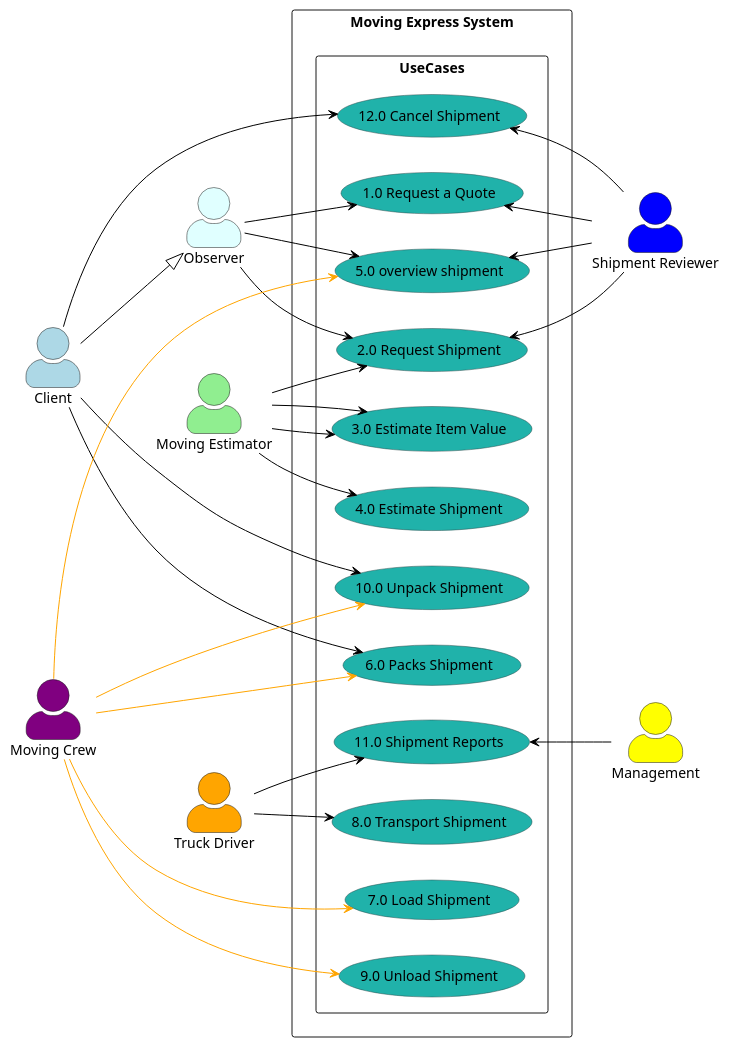
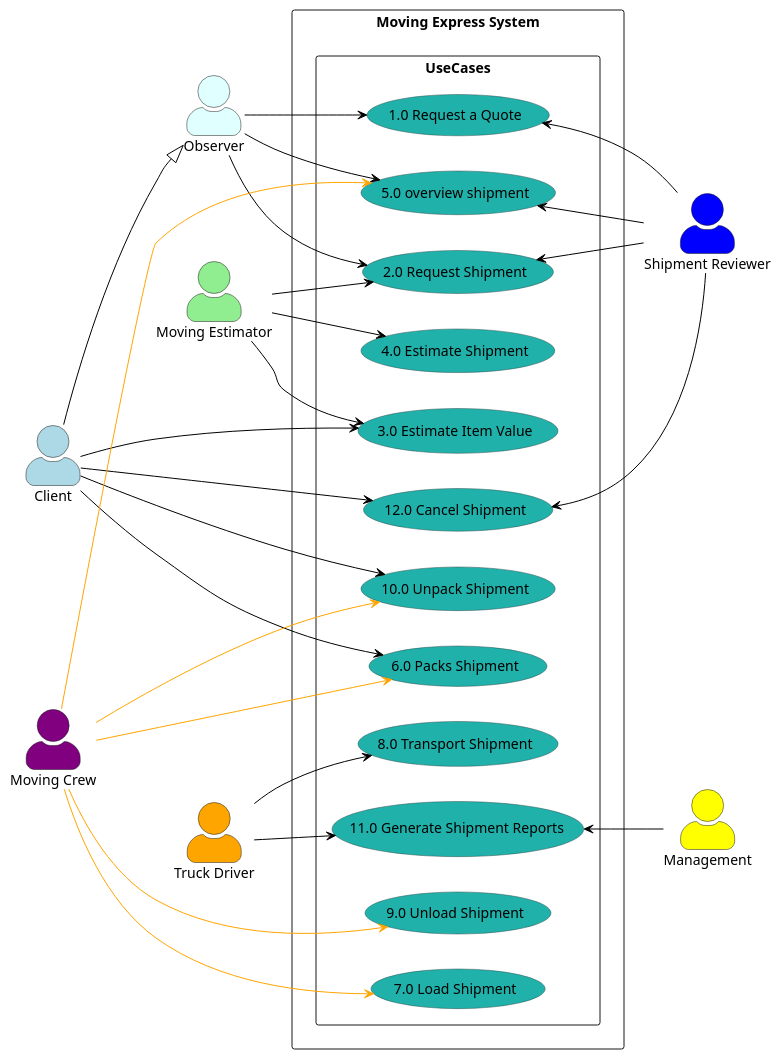
One commit to nic5694/MovingExpress changed the diagram in Diagrams/UseCaseDiagrams/HighShipmentMS.puml. Above: the diagram before and after it, drawn with PlantUML. The commit also changed 1 other file, not shown here.

```diff
--- a/Diagrams/UseCaseDiagrams/HighShipmentMS.puml
+++ b/Diagrams/UseCaseDiagrams/HighShipmentMS.puml
@@ -1,70 +1,70 @@
 @startuml
 
 left to right direction
 skinparam actorStyle awesome
 skinparam usecase {
     BackgroundColor DarkSeaGreen
     BorderColor DarkSlateGray
     ArrowColor Black
     ActorBorderColor black
     ActorFontName Courier
     ActorBackgroundColor<< Human >> Gold
 }
 
 actor Client as "Client" #LightBlue
 actor "Moving Estimator" as MovingEstimator #LightGreen
 actor "Truck Driver" as VanDriver #Orange
 actor "Moving Crew" as MovingCrew #Purple
 actor Management as "Management" #Yellow
 actor "Shipment Reviewer" as ShipmentReviewer #Blue
 actor "Observer" as Observer #LightCyan
 
 rectangle "Moving Express System" {
     rectangle UseCases {
       usecase "1.0 Request a Quote" as UC1 #LightSeaGreen
       usecase "2.0 Request Shipment" as UC2 #LightSeaGreen
       usecase "3.0 Estimate Item Value" as UC3 #LightSeaGreen
       usecase "4.0 Estimate Shipment" as UC4 #LightSeaGreen
       usecase "5.0 overview shipment" as UC5 #LightSeaGreen
       usecase "8.0 Transport Shipment" as UC8 #LightSeaGreen
       usecase "6.0 Packs Shipment" as UC6 #LightSeaGreen
       usecase "7.0 Load Shipment" as UC7 #LightSeaGreen
       usecase "9.0 Unload Shipment" as UC9 #LightSeaGreen
       usecase "10.0 Unpack Shipment" as UC10 #LightSeaGreen
-      usecase "11.0 Shipment Reports" as UC11 #LightSeaGreen
+      usecase "11.0 Generate Shipment Reports" as UC11 #LightSeaGreen
       usecase "12.0 Cancel Shipment" as UC12 #LightSeaGreen
     }
 }
 
 Client --|> Observer
 
 Client ---> UC12
 Client ---> UC6
+Client ---> UC3
 Client ---> UC10
 
 Observer --> UC1
 Observer --> UC2
 Observer --> UC5
 
 MovingEstimator --> UC2
 MovingEstimator --> UC4
-MovingEstimator --> UC3
 MovingEstimator --> UC3
 
 VanDriver --> UC8
 
 MovingCrew -[#Orange]--> UC6
 MovingCrew -[#Orange]--> UC5
 MovingCrew -[#Orange]--> UC7
 MovingCrew -[#Orange]--> UC9
 MovingCrew -[#Orange]--> UC10
 
 UC11 <-- Management
 VanDriver --> UC11
 
 UC2 <-- ShipmentReviewer
 UC1 <-- ShipmentReviewer
 UC12 <-- ShipmentReviewer
 UC5 <-- ShipmentReviewer
 
 @enduml
```
